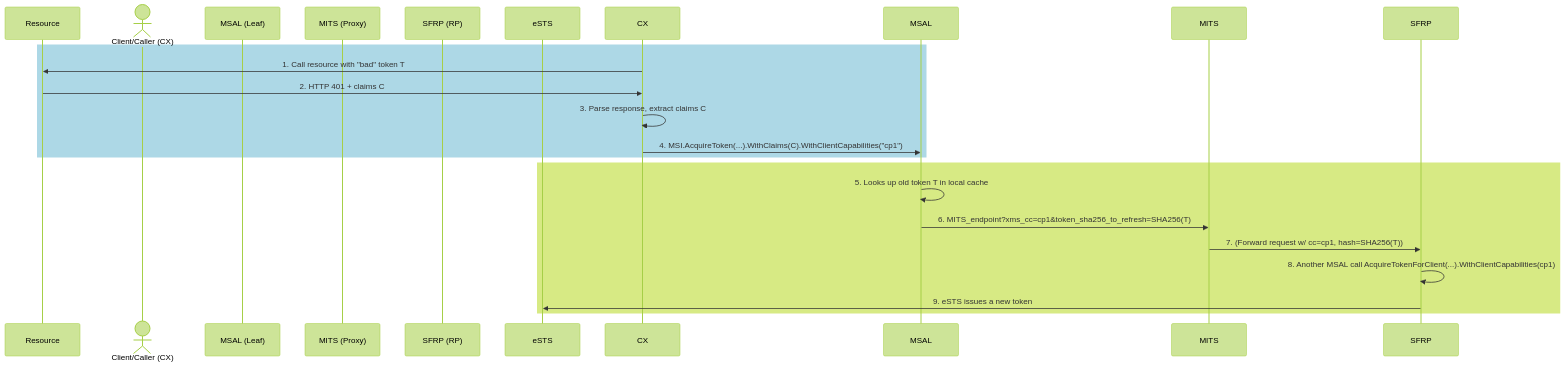
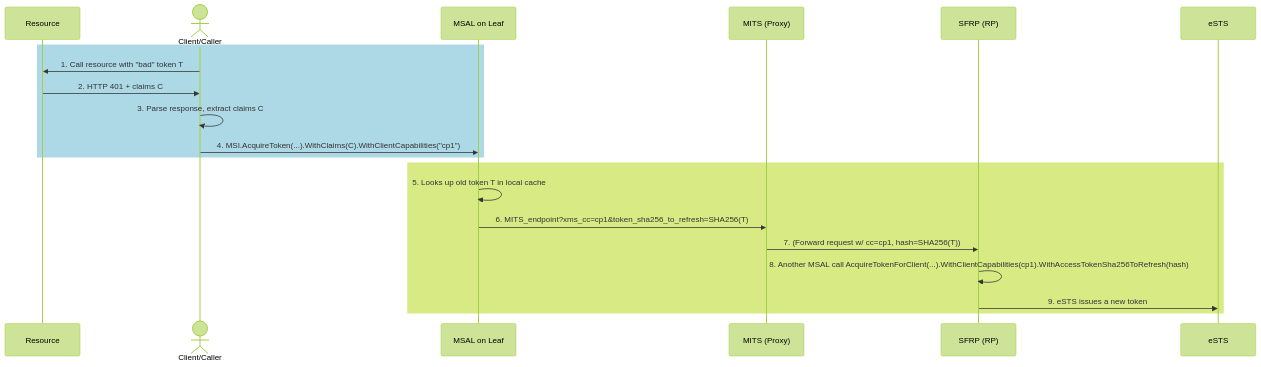
One commit to AzureAD/microsoft-authentication-library-for-dotnet changed the first of 2 diagrams in docs/msiv1_token_revocation.md. Above: the diagram before and after it, drawn with Mermaid (forest theme).

Commit message:
Added missing param in arrow 8, also refined headers

````diff
--- a/docs/msiv1_token_revocation.md
+++ b/docs/msiv1_token_revocation.md
@@ -13,24 +13,24 @@
 ```mermaid
 sequenceDiagram
     participant Resource
-    actor Client/Caller (CX)
-    participant MSAL (Leaf)
-    participant MITS (Proxy)
-    participant SFRP (RP)
+    actor CX as Client/Caller
+    participant MSAL as MSAL on Leaf
+    participant MITS as MITS (Proxy)
+    participant SFRP as SFRP (RP)
     participant eSTS
 
 rect rgb(173, 216, 230)
     CX->>Resource: 1. Call resource with "bad" token T
     Resource->>CX: 2. HTTP 401 + claims C
     CX->>CX: 3. Parse response, extract claims C
     CX->>MSAL: 4. MSI.AcquireToken(...).WithClaims(C).WithClientCapabilities("cp1")
 end
 
 rect rgb(215, 234, 132)
     MSAL->>MSAL: 5. Looks up old token T in local cache
     MSAL->>MITS: 6. MITS_endpoint?xms_cc=cp1&token_sha256_to_refresh=SHA256(T)
     MITS->>SFRP: 7. (Forward request w/ cc=cp1, hash=SHA256(T))
-    SFRP->>SFRP: 8. Another MSAL call AcquireTokenForClient(...).WithClientCapabilities(cp1)
+    SFRP->>SFRP: 8. Another MSAL call AcquireTokenForClient(...).WithClientCapabilities(cp1).WithAccessTokenSha256ToRefresh(hash)
     SFRP->>eSTS: 9. eSTS issues a new token
 end
 ```
````
